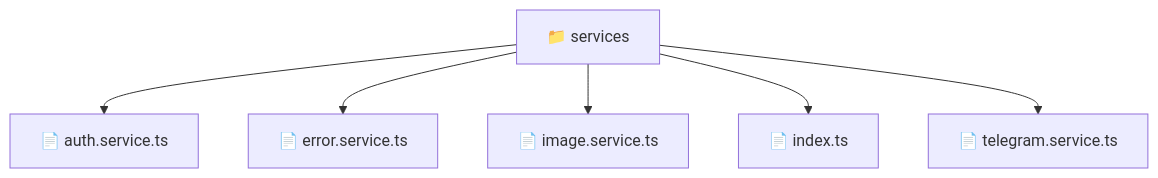
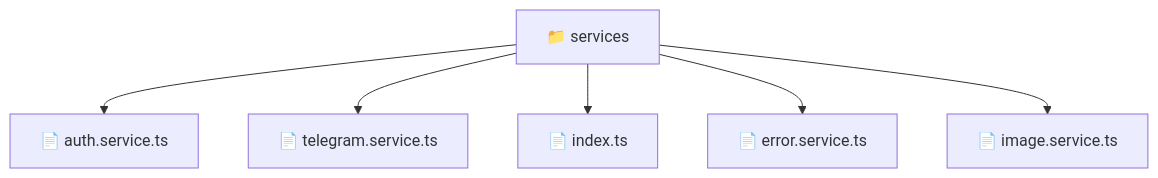
The diagram in frontend/src/shared/services/README.md (beginwebdev2002/fullstack-mavluda), drawn with Mermaid before and after one commit. The commit also changed other lines of this file and 164 other files, not shown here.

First line of the commit message:
docs: generate robust autonomous architectural documentation

````diff
--- a/frontend/src/shared/services/README.md
+++ b/frontend/src/shared/services/README.md
@@ -11,9 +11,9 @@
 ```mermaid
 graph TD
-  Root["📁 services"]
-  Root --> auth_service_ts["📄 auth.service.ts"]
-  Root --> error_service_ts["📄 error.service.ts"]
-  Root --> image_service_ts["📄 image.service.ts"]
-  Root --> index_ts["📄 index.ts"]
-  Root --> telegram_service_ts["📄 telegram.service.ts"]
+    f_services["📁 services"]
+    f_services --> f_auth_service_ts["📄 auth.service.ts"]
+    f_services --> f_telegram_service_ts["📄 telegram.service.ts"]
+    f_services --> f_index_ts["📄 index.ts"]
+    f_services --> f_error_service_ts["📄 error.service.ts"]
+    f_services --> f_image_service_ts["📄 image.service.ts"]
 ```
````
